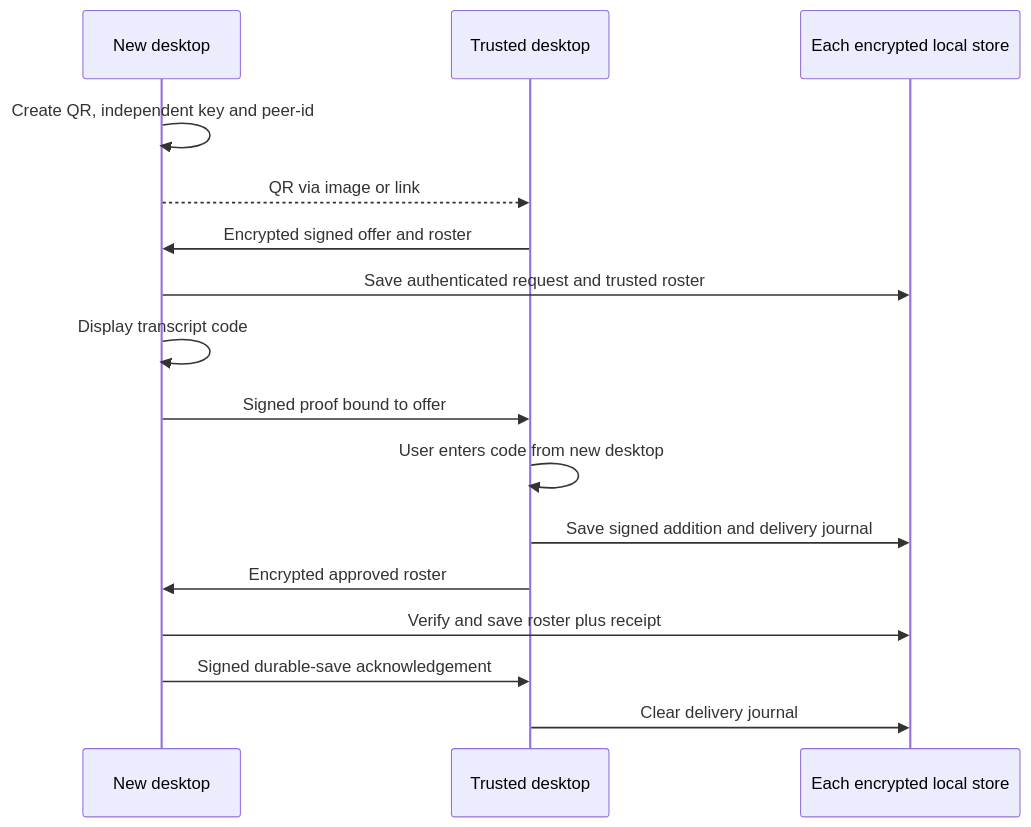
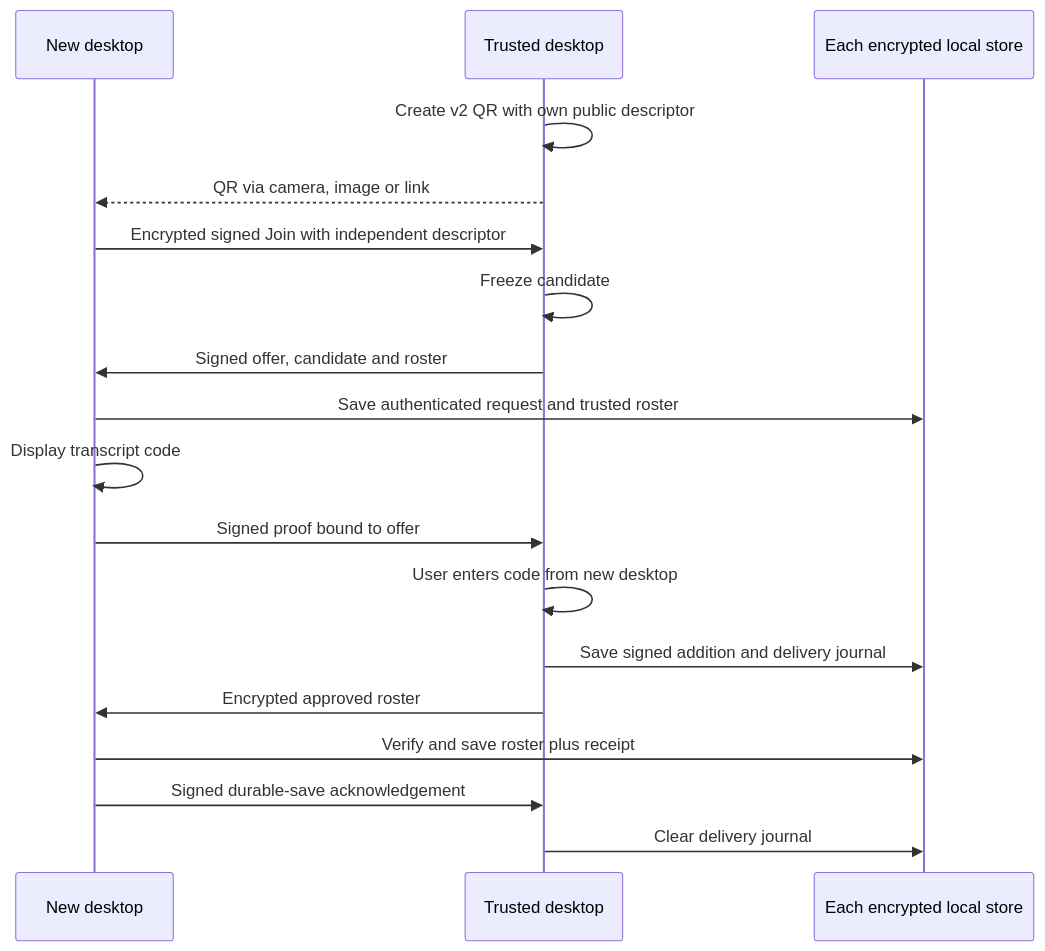
Before and after one commit to redstone-md/mosh-flutter: the second of 3 diagrams in docs/ADR/0029-private-desktop-device-linking.md, drawn with Mermaid. The commit also changed other lines of this file and 55 other files, not shown here.

````diff
--- a/docs/ADR/0029-private-desktop-device-linking.md
+++ b/docs/ADR/0029-private-desktop-device-linking.md
@@ -80,18 +83,20 @@
 ```mermaid
 sequenceDiagram
     participant New as New desktop
     participant Trusted as Trusted desktop
     participant Disk as Each encrypted local store
-    New->>New: Create QR, independent key and peer-id
-    New-->>Trusted: QR via image or link
-    Trusted->>New: Encrypted signed offer and roster
+    Trusted->>Trusted: Create v2 QR with own public descriptor
+    Trusted-->>New: QR via camera, image or link
+    New->>Trusted: Encrypted signed Join with independent descriptor
+    Trusted->>Trusted: Freeze candidate
+    Trusted->>New: Signed offer, candidate and roster
     New->>Disk: Save authenticated request and trusted roster
     New->>New: Display transcript code
     New->>Trusted: Signed proof bound to offer
     Trusted->>Trusted: User enters code from new desktop
     Trusted->>Disk: Save signed addition and delivery journal
     Trusted->>New: Encrypted approved roster
     New->>Disk: Verify and save roster plus receipt
     New->>Trusted: Signed durable-save acknowledgement
     Trusted->>Disk: Clear delivery journal
 ```
````
